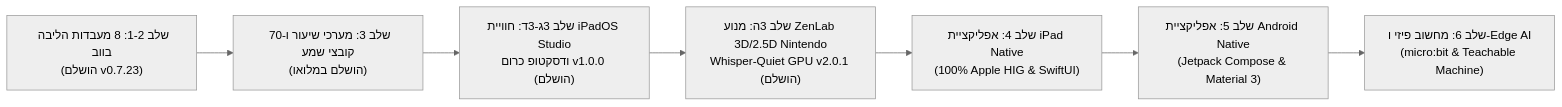
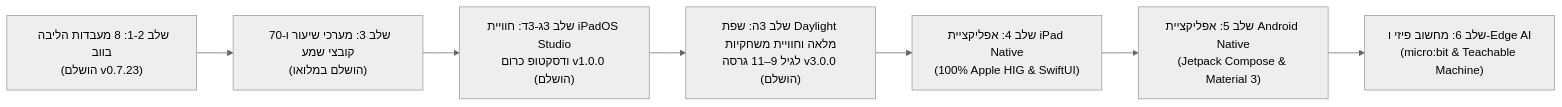
One commit to omerninyo/zenlab changed the diagram in ROADMAP.he.md. Above: the diagram before and after it, drawn with Mermaid (neutral theme). The commit also changed other lines of this file and 50 other files, not shown here.

````diff
--- a/ROADMAP.he.md
+++ b/ROADMAP.he.md
@@ -13,9 +13,9 @@
 ```mermaid
 flowchart LR
     P1["שלב 1-2: 8 מעבדות הליבה בווב\n(הושלם v0.7.23)"] --> P3["שלב 3: מערכי שיעור ו-70 קובצי שמע\n(הושלם במלואו)"]
     P3 --> P3C["שלב 3ג-3ד: חוויית iPadOS Studio\nודסקטופ כרום v1.0.0 (הושלם)"]
-    P3C --> P3E["שלב 3ה: מנוע ZenLab 3D/2.5D Nintendo\nWhisper-Quiet GPU v2.0.1 (הושלם)"]
+    P3C --> P3E["שלב 3ה: שפת Daylight מלאה וחוויית משחקיות\nלגיל 9–11 גרסה v3.0.0 (הושלם)"]
     P3E --> P4["שלב 4: אפליקציית iPad Native\n(100% Apple HIG & SwiftUI)"]
     P4 --> P5["שלב 5: אפליקציית Android Native\n(Jetpack Compose & Material 3)"]
     P5 --> P6["שלב 6: מחשוב פיזי ו-Edge AI\n(micro:bit & Teachable Machine)"]
 ```
````
